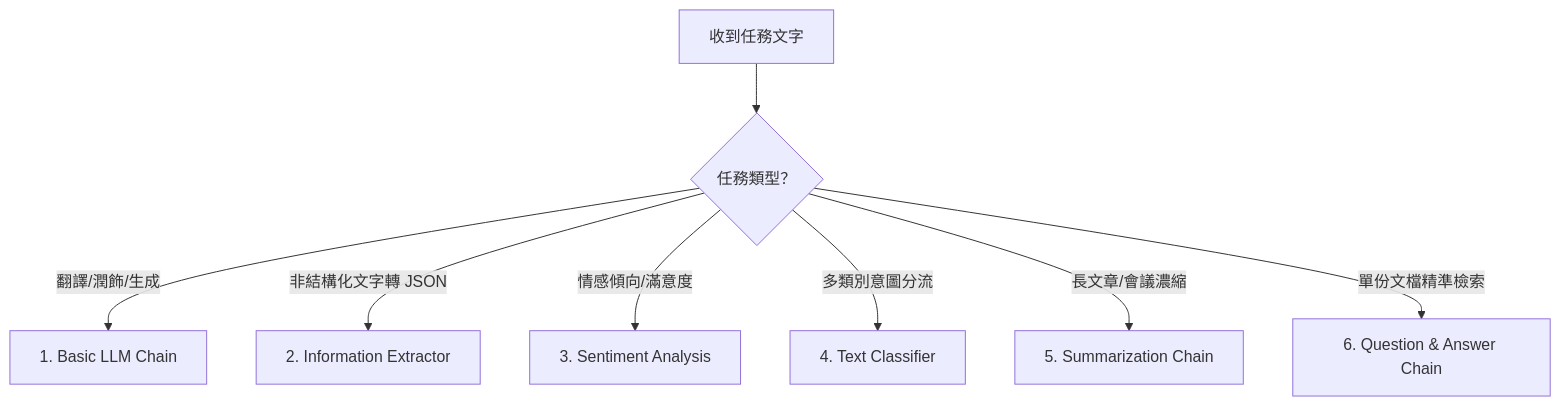
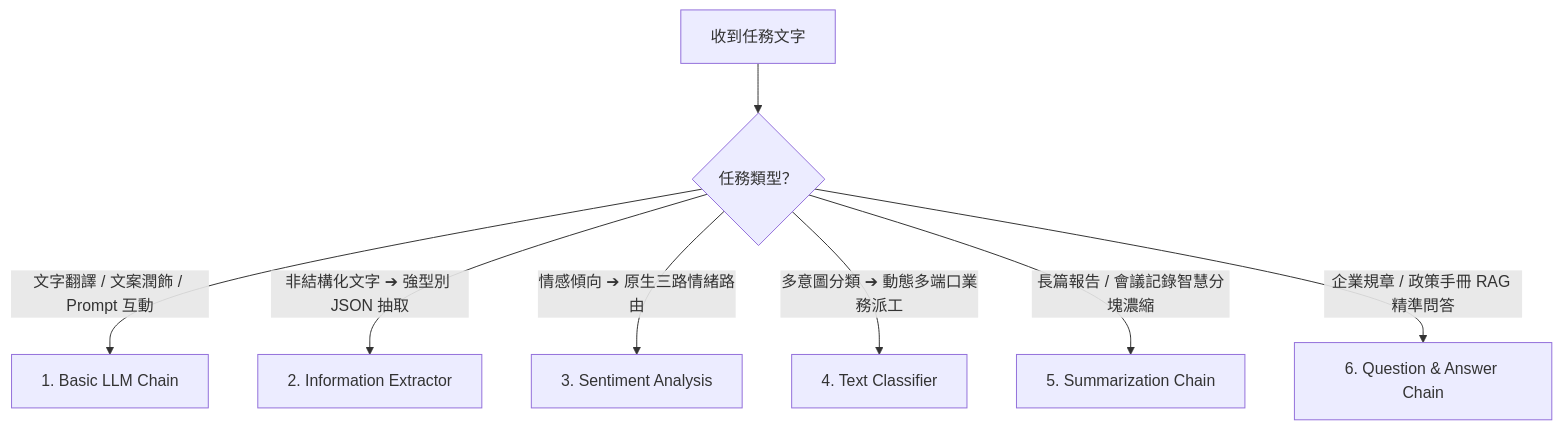
Before and after one commit to roberthsu2003/n8n: the diagram in AI_Agent/階段一_基礎專用AI節點/README.md, drawn with Mermaid. The commit also changed other lines of this file and 6 other files, not shown here.

````diff
--- a/AI_Agent/階段一_基礎專用AI節點/README.md
+++ b/AI_Agent/階段一_基礎專用AI節點/README.md
@@ -15,10 +15,10 @@
 ```mermaid
 flowchart TD
     Input["收到任務文字"] --> Q{"任務類型？"}
-    Q -->|翻譯/潤飾/生成| C1["1. Basic LLM Chain"]
-    Q -->|非結構化文字轉 JSON| C2["2. Information Extractor"]
-    Q -->|情感傾向/滿意度| C3["3. Sentiment Analysis"]
-    Q -->|多類別意圖分流| C4["4. Text Classifier"]
-    Q -->|長文章/會議濃縮| C5["5. Summarization Chain"]
-    Q -->|單份文檔精準檢索| C6["6. Question & Answer Chain"]
+    Q -->|文字翻譯 / 文案潤飾 / Prompt 互動| C1["1. Basic LLM Chain"]
+    Q -->|非結構化文字 ➔ 強型別 JSON 抽取| C2["2. Information Extractor"]
+    Q -->|情感傾向 ➔ 原生三路情緒路由| C3["3. Sentiment Analysis"]
+    Q -->|多意圖分類 ➔ 動態多端口業務派工| C4["4. Text Classifier"]
+    Q -->|長篇報告 / 會議記錄智慧分塊濃縮| C5["5. Summarization Chain"]
+    Q -->|企業規章 / 政策手冊 RAG 精準問答| C6["6. Question & Answer Chain"]
 ```
````
